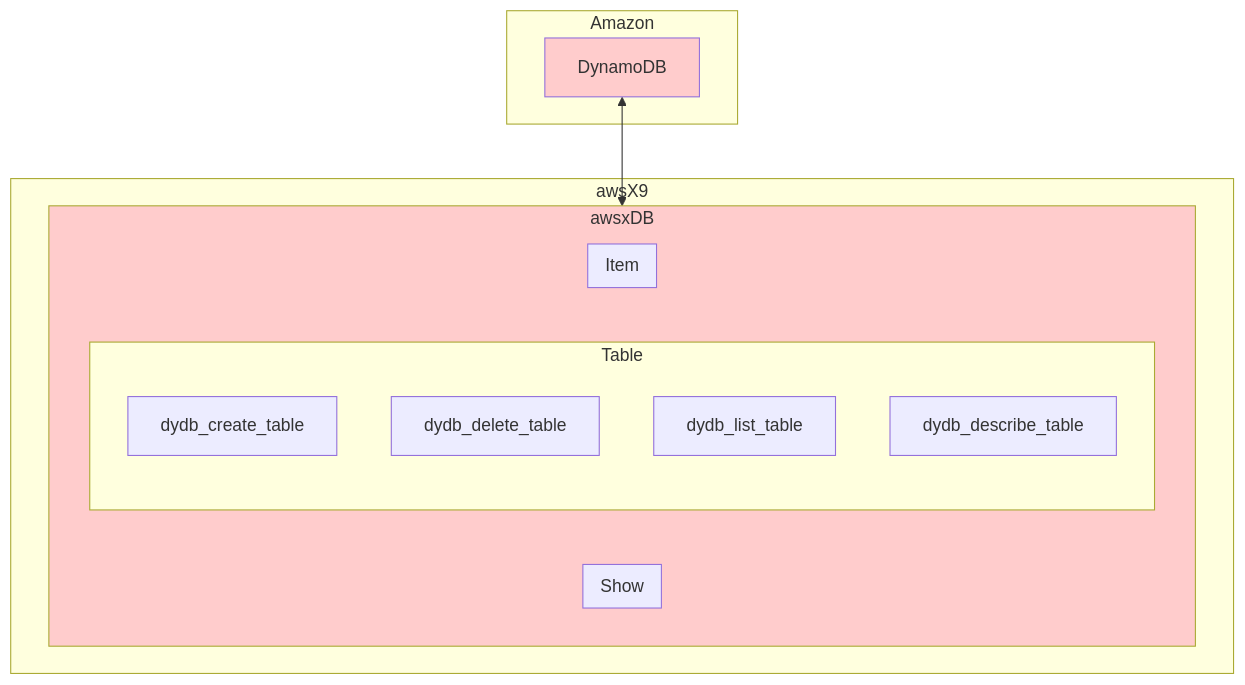
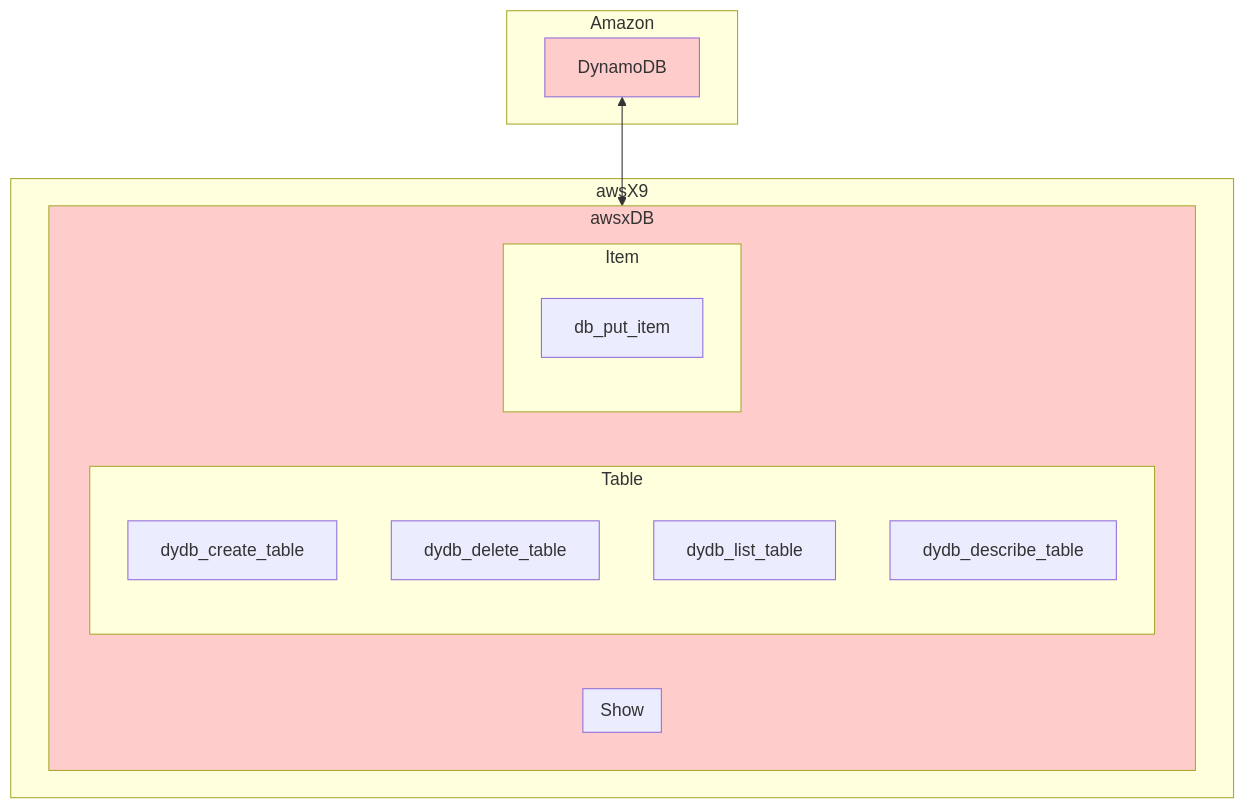
Before and after one commit to lankahsu520/awsP9: the first of 2 diagrams in README.md, drawn with Mermaid. The commit also changed 2 other files, not shown here.

Commit message:
for DynamoDB, to support db_put_item

````diff
--- a/README.md
+++ b/README.md
@@ -15,42 +15,42 @@
 ```mermaid
 flowchart TD
 	subgraph Amazon
 		DynamoDB
 	end
 
 	subgraph awsX9
 		subgraph awsxDB
 			subgraph Show
 				
 
 
 
 			end
 			subgraph Table
 				dydb_create_table
 				dydb_delete_table
 				dydb_list_table
 				dydb_describe_table
 			end
 
 			subgraph Item
-
-
+				
+				db_put_item
 
 
 
 
 
 			end
 		end
 	end
 	DynamoDB <--> awsxDB
 
 	classDef yellow fill:#FFFFCC
 	classDef pink fill:#FFCCCC
 	classDef blue fill:#0000FF
 	classDef lightblue fill:#ADD8E6
 
 	class DynamoDB pink
 	class awsxDB pink
 ```
````
